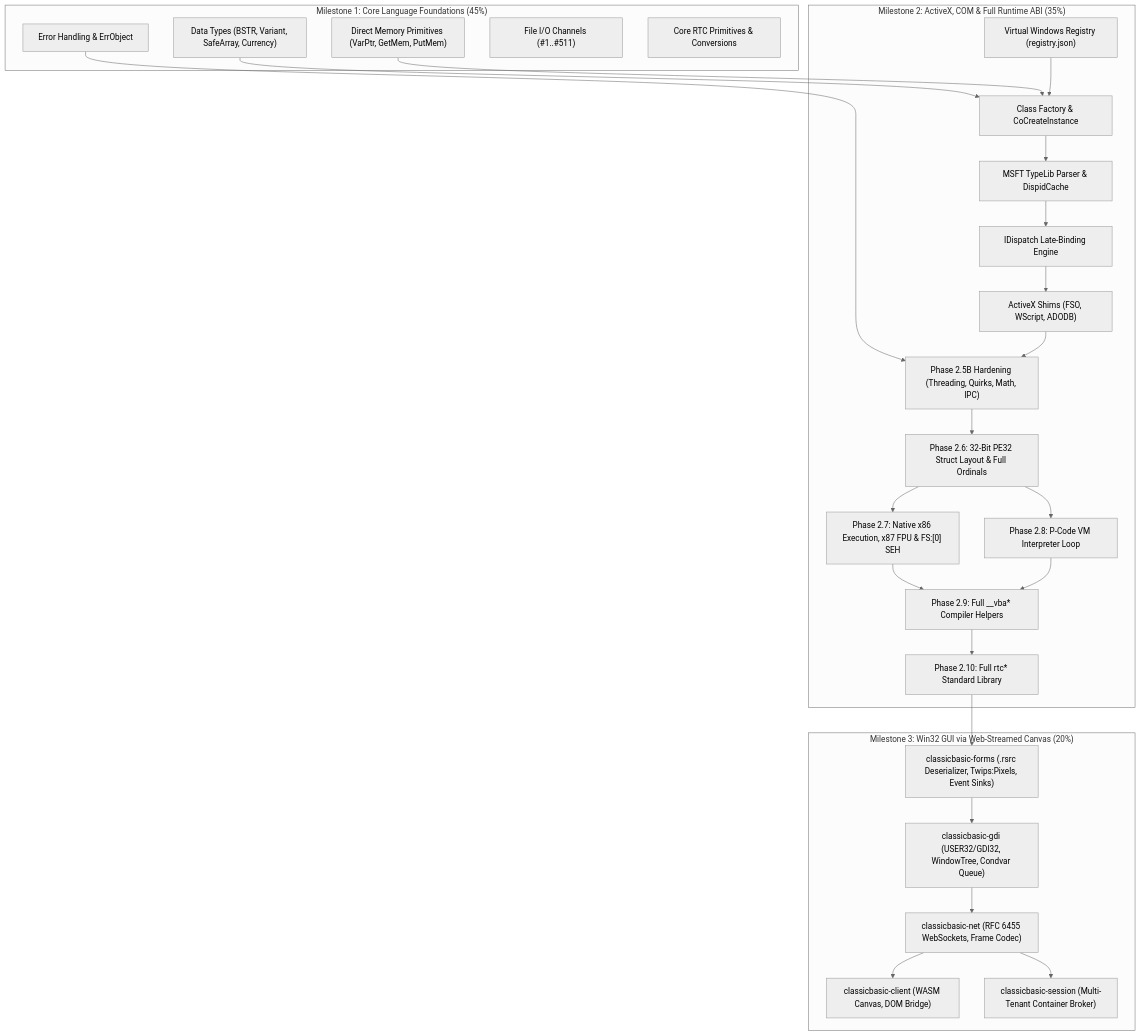
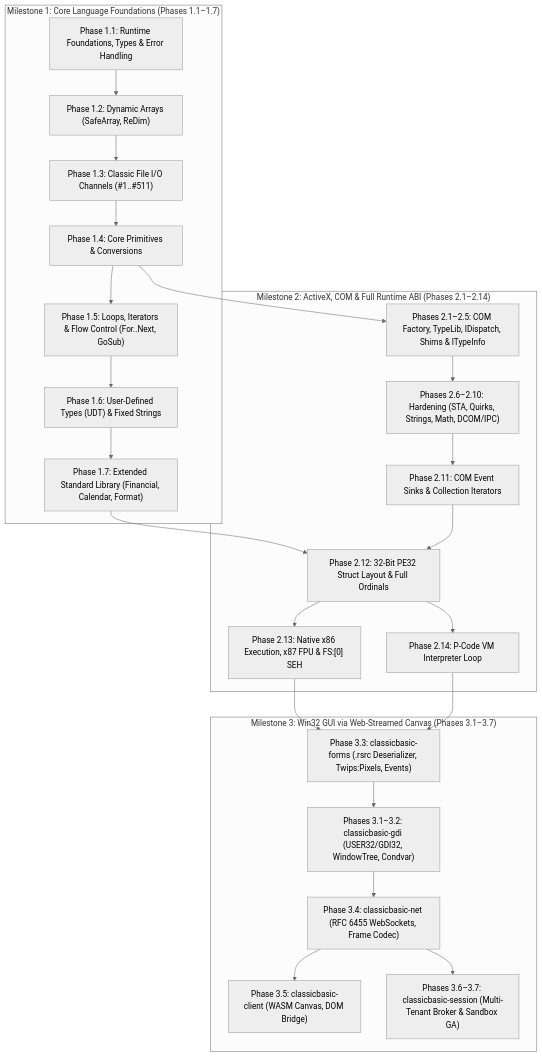
The diagram in ROADMAP.md (victoria-devs/classicbasic), drawn with Mermaid (neutral theme) before and after one commit. The commit also changed other lines of this file and 1519 other files, not shown here.

Commit message:
feat(math): Phase 2.5B Suite 4 - Layer 19 complex math, Banker's Rounding, x87 FDIV and Decimal arithmetic

````diff
--- a/ROADMAP.md
+++ b/ROADMAP.md
@@ -89,52 +90,49 @@
 ```mermaid
 flowchart TD
-    subgraph Milestone1["Milestone 1: Core Language Foundations (45%)"]
-        M1_Types["Data Types (BSTR, Variant, SafeArray, Currency)"]
-        M1_Mem["Direct Memory Primitives (VarPtr, GetMem, PutMem)"]
-        M1_Err["Error Handling & ErrObject"]
-        M1_File["File I/O Channels (#1..#511)"]
-        M1_RTC["Core RTC Primitives & Conversions"]
+    subgraph Milestone1["Milestone 1: Core Language Foundations (Phases 1.1–1.7)"]
+        M1_P1["Phase 1.1: Runtime Foundations, Types & Error Handling"]
+        M1_P2["Phase 1.2: Dynamic Arrays (SafeArray, ReDim)"]
+        M1_P3["Phase 1.3: Classic File I/O Channels (#1..#511)"]
+        M1_P4["Phase 1.4: Core Primitives & Conversions"]
+        M1_P5["Phase 1.5: Loops, Iterators & Flow Control (For..Next, GoSub)"]
+        M1_P6["Phase 1.6: User-Defined Types (UDT) & Fixed Strings"]
+        M1_P7["Phase 1.7: Extended Standard Library (Financial, Calendar, Format)"]
     end
 
-    subgraph Milestone2["Milestone 2: ActiveX, COM & Full Runtime ABI (35%)"]
-        M2_Reg["Virtual Windows Registry (registry.json)"]
-        M2_Factory["Class Factory & CoCreateInstance"]
-        M2_TypeLib["MSFT TypeLib Parser & DispidCache"]
-        M2_Dispatch["IDispatch Late-Binding Engine"]
-        M2_Shims["ActiveX Shims (FSO, WScript, ADODB)"]
-        M2_Hardening["Phase 2.5B Hardening (Threading, Quirks, Math, IPC)"]
-        M2_ABI32["Phase 2.6: 32-Bit PE32 Struct Layout & Full Ordinals"]
-        M2_x86["Phase 2.7: Native x86 Execution, x87 FPU & FS:[0] SEH"]
-        M2_PCode["Phase 2.8: P-Code VM Interpreter Loop"]
-        M2_VBA["Phase 2.9: Full __vba* Compiler Helpers"]
-        M2_RTC["Phase 2.10: Full rtc* Standard Library"]
+    subgraph Milestone2["Milestone 2: ActiveX, COM & Full Runtime ABI (Phases 2.1–2.14)"]
+        M2_P1["Phases 2.1–2.5: COM Factory, TypeLib, IDispatch, Shims & ITypeInfo"]
+        M2_P6["Phases 2.6–2.10: Hardening (STA, Quirks, Strings, Math, DCOM/IPC)"]
+        M2_P11["Phase 2.11: COM Event Sinks & Collection Iterators"]
+        M2_P12["Phase 2.12: 32-Bit PE32 Struct Layout & Full Ordinals"]
+        M2_P13["Phase 2.13: Native x86 Execution, x87 FPU & FS:[0] SEH"]
+        M2_P14["Phase 2.14: P-Code VM Interpreter Loop"]
     end
 
-    subgraph Milestone3["Milestone 3: Win32 GUI via Web-Streamed Canvas (20%)"]
-        M3_GDI["classicbasic-gdi (USER32/GDI32, WindowTree, Condvar Queue)"]
-        M3_Forms["classicbasic-forms (.rsrc Deserializer, Twips:Pixels, Event Sinks)"]
-        M3_Net["classicbasic-net (RFC 6455 WebSockets, Frame Codec)"]
-        M3_Client["classicbasic-client (WASM Canvas, DOM Bridge)"]
-        M3_Broker["classicbasic-session (Multi-Tenant Container Broker)"]
+    subgraph Milestone3["Milestone 3: Win32 GUI via Web-Streamed Canvas (Phases 3.1–3.7)"]
+        M3_GDI["Phases 3.1–3.2: classicbasic-gdi (USER32/GDI32, WindowTree, Condvar)"]
+        M3_Forms["Phase 3.3: classicbasic-forms (.rsrc Deserializer, Twips:Pixels, Events)"]
+        M3_Net["Phase 3.4: classicbasic-net (RFC 6455 WebSockets, Frame Codec)"]
+        M3_Client["Phase 3.5: classicbasic-client (WASM Canvas, DOM Bridge)"]
+        M3_Broker["Phases 3.6–3.7: classicbasic-session (Multi-Tenant Broker & Sandbox GA)"]
     end
 
-    M1_Types --> M2_Factory
-    M1_Mem --> M2_Factory
-    M1_Err --> M2_Hardening
-    M2_Reg --> M2_Factory
-    M2_Factory --> M2_TypeLib
-    M2_TypeLib --> M2_Dispatch
-    M2_Dispatch --> M2_Shims
-    M2_Shims --> M2_Hardening
-    M2_Hardening --> M2_ABI32
-    M2_ABI32 --> M2_x86
-    M2_ABI32 --> M2_PCode
-    M2_x86 --> M2_VBA
-    M2_PCode --> M2_VBA
-    M2_VBA --> M2_RTC
-    M2_RTC --> M3_Forms
+    M1_P1 --> M1_P2
+    M1_P2 --> M1_P3
+    M1_P3 --> M1_P4
+    M1_P4 --> M1_P5
+    M1_P5 --> M1_P6
+    M1_P6 --> M1_P7
+    M1_P4 --> M2_P1
+    M2_P1 --> M2_P6
+    M2_P6 --> M2_P11
+    M1_P7 --> M2_P12
+    M2_P11 --> M2_P12
+    M2_P12 --> M2_P13
+    M2_P12 --> M2_P14
+    M2_P13 --> M3_Forms
+    M2_P14 --> M3_Forms
     M3_Forms --> M3_GDI
     M3_GDI --> M3_Net
     M3_Net --> M3_Client
     M3_Net --> M3_Broker
 ```
````
